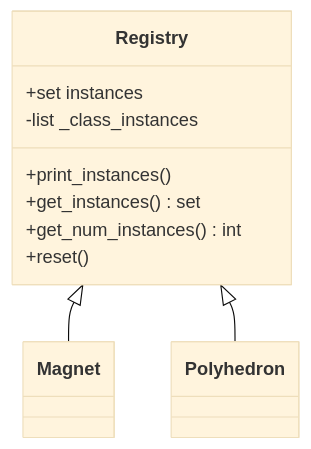
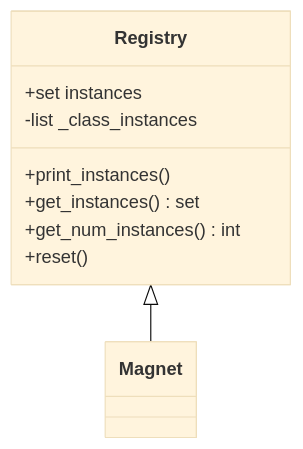
One commit to pdunne/pymagnet changed the second of 3 diagrams in docs/methods/methods.md. Above: the diagram before and after it, drawn with Mermaid (base theme). The commit also changed other lines of this file and 93 other files, not shown here.

````diff
--- a/docs/methods/methods.md
+++ b/docs/methods/methods.md
@@ -60,13 +59,12 @@
 ```mermaid
 classDiagram
 Registry <|-- Magnet
-Registry <|-- Polyhedron
 class Registry{
     +set instances
     -list _class_instances
     +print_instances()
     +get_instances() set
     +get_num_instances() int
     +reset()
 }
 ```
````
